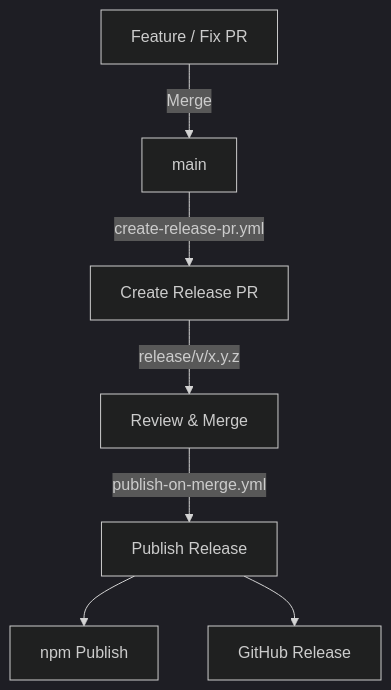
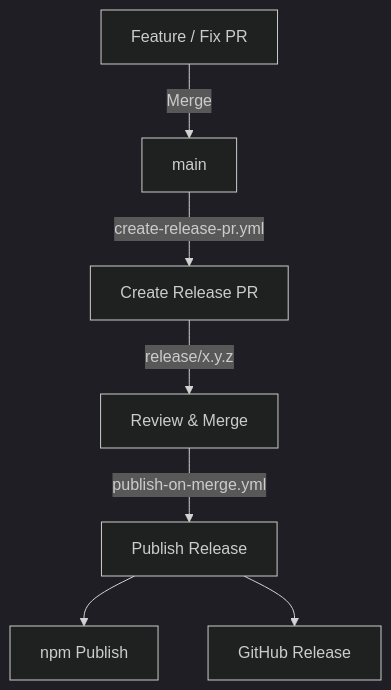
The diagram in README.md (jonasmzsouza/release-suite), drawn with Mermaid (dark theme) before and after one commit. The commit also changed other lines of this file and 14 other files, not shown here.

````diff
--- a/README.md
+++ b/README.md
@@ -109,9 +104,9 @@
 ```mermaid
 flowchart TD
     A[Feature / Fix PR] -->|Merge| B[main]
     B -->|create-release-pr.yml| C[Create Release PR]
-    C -->|release/v/x.y.z| D[Review & Merge]
+    C -->|release/x.y.z| D[Review & Merge]
     D -->|publish-on-merge.yml| E[Publish Release]
     E --> F[npm Publish]
     E --> G[GitHub Release]
 ```
````
